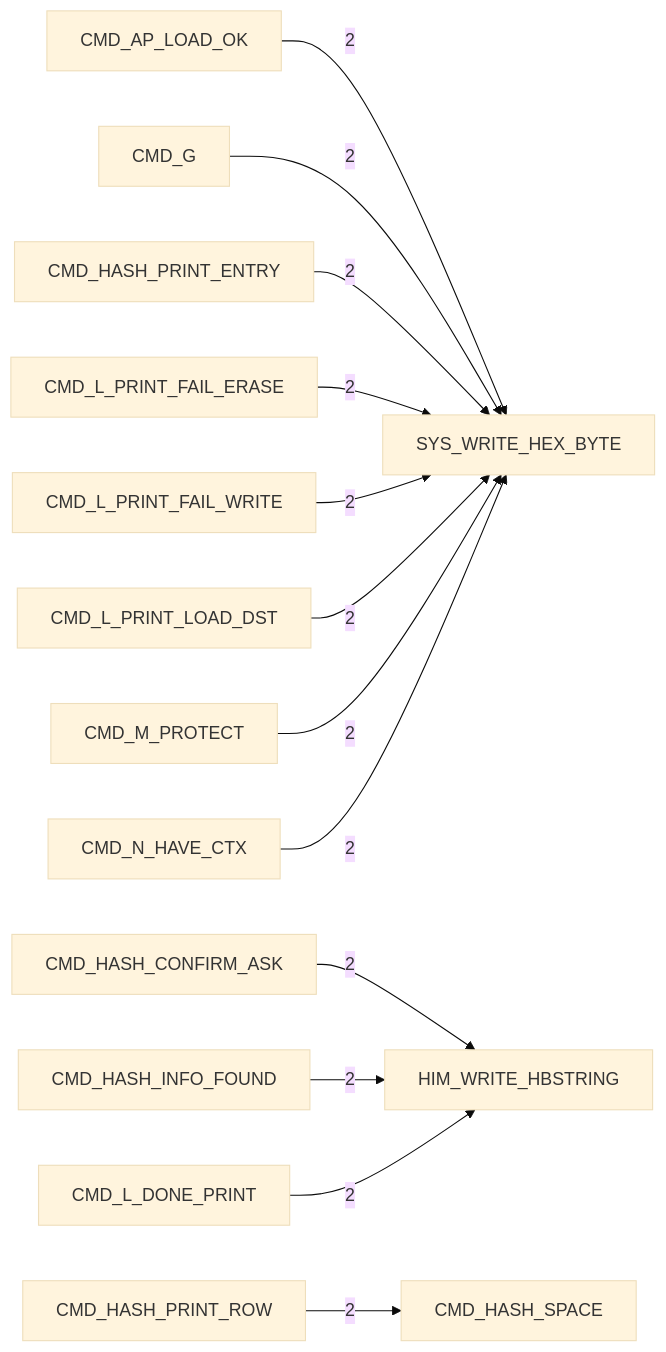
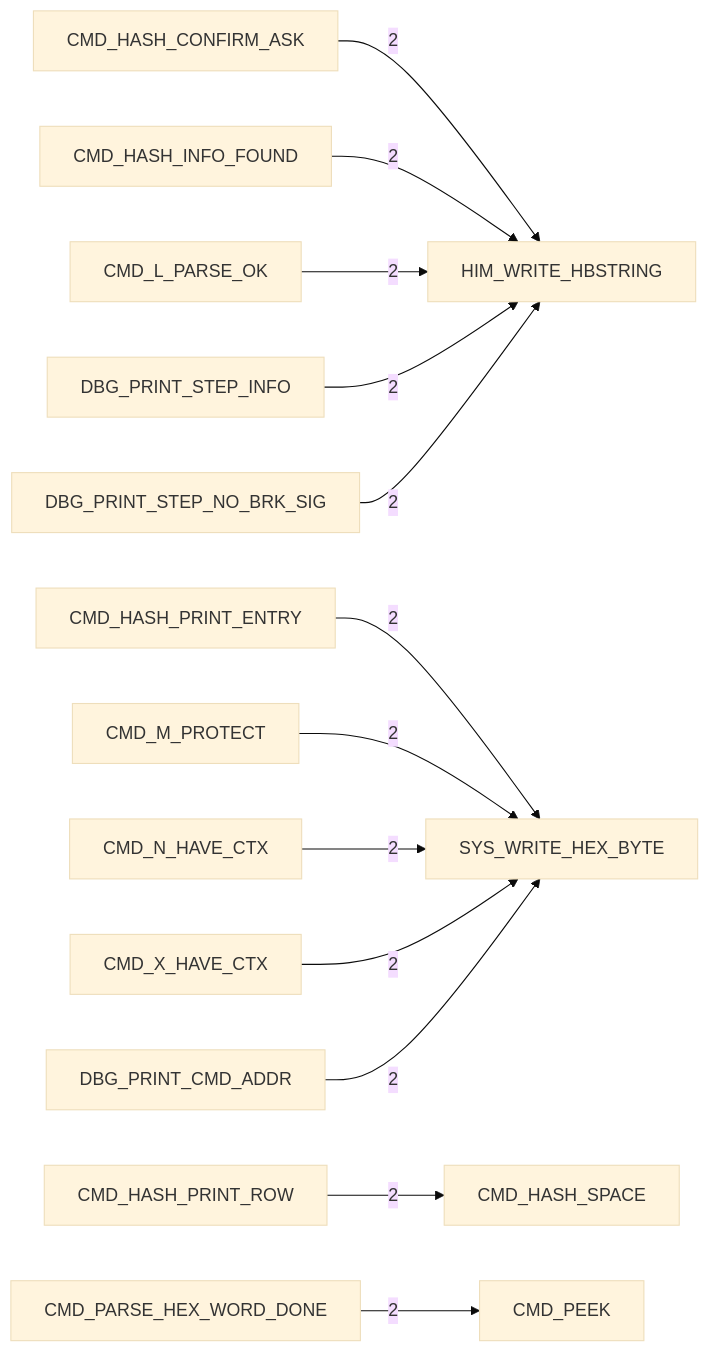
One commit to 95westus/R-YORS changed the fourth of 6 diagrams in DOC/GENERATED/HIMON_ROUTINE_TREE.md. Above: the diagram before and after it, drawn with Mermaid (base theme). The commit also changed other lines of this file and 65 other files, not shown here.

````diff
--- a/DOC/GENERATED/HIMON_ROUTINE_TREE.md
+++ b/DOC/GENERATED/HIMON_ROUTINE_TREE.md
@@ -62,15 +62,15 @@
 ```mermaid
 flowchart LR
-    N_CMD_AP_LOAD_OK[CMD_AP_LOAD_OK] -->|2| N_SYS_WRITE_HEX_BYTE[SYS_WRITE_HEX_BYTE]
-    N_CMD_G[CMD_G] -->|2| N_SYS_WRITE_HEX_BYTE[SYS_WRITE_HEX_BYTE]
     N_CMD_HASH_CONFIRM_ASK[CMD_HASH_CONFIRM_ASK] -->|2| N_HIM_WRITE_HBSTRING[HIM_WRITE_HBSTRING]
     N_CMD_HASH_INFO_FOUND[CMD_HASH_INFO_FOUND] -->|2| N_HIM_WRITE_HBSTRING[HIM_WRITE_HBSTRING]
     N_CMD_HASH_PRINT_ENTRY[CMD_HASH_PRINT_ENTRY] -->|2| N_SYS_WRITE_HEX_BYTE[SYS_WRITE_HEX_BYTE]
     N_CMD_HASH_PRINT_ROW[CMD_HASH_PRINT_ROW] -->|2| N_CMD_HASH_SPACE[CMD_HASH_SPACE]
-    N_CMD_L_DONE_PRINT[CMD_L_DONE_PRINT] -->|2| N_HIM_WRITE_HBSTRING[HIM_WRITE_HBSTRING]
-    N_CMD_L_PRINT_FAIL_ERASE[CMD_L_PRINT_FAIL_ERASE] -->|2| N_SYS_WRITE_HEX_BYTE[SYS_WRITE_HEX_BYTE]
-    N_CMD_L_PRINT_FAIL_WRITE[CMD_L_PRINT_FAIL_WRITE] -->|2| N_SYS_WRITE_HEX_BYTE[SYS_WRITE_HEX_BYTE]
-    N_CMD_L_PRINT_LOAD_DST[CMD_L_PRINT_LOAD_DST] -->|2| N_SYS_WRITE_HEX_BYTE[SYS_WRITE_HEX_BYTE]
+    N_CMD_L_PARSE_OK[CMD_L_PARSE_OK] -->|2| N_HIM_WRITE_HBSTRING[HIM_WRITE_HBSTRING]
     N_CMD_M_PROTECT[CMD_M_PROTECT] -->|2| N_SYS_WRITE_HEX_BYTE[SYS_WRITE_HEX_BYTE]
     N_CMD_N_HAVE_CTX[CMD_N_HAVE_CTX] -->|2| N_SYS_WRITE_HEX_BYTE[SYS_WRITE_HEX_BYTE]
+    N_CMD_PARSE_HEX_WORD_DONE[CMD_PARSE_HEX_WORD_DONE] -->|2| N_CMD_PEEK[CMD_PEEK]
+    N_CMD_X_HAVE_CTX[CMD_X_HAVE_CTX] -->|2| N_SYS_WRITE_HEX_BYTE[SYS_WRITE_HEX_BYTE]
+    N_DBG_PRINT_CMD_ADDR[DBG_PRINT_CMD_ADDR] -->|2| N_SYS_WRITE_HEX_BYTE[SYS_WRITE_HEX_BYTE]
+    N_DBG_PRINT_STEP_INFO[DBG_PRINT_STEP_INFO] -->|2| N_HIM_WRITE_HBSTRING[HIM_WRITE_HBSTRING]
+    N_DBG_PRINT_STEP_NO_BRK_SIG[DBG_PRINT_STEP_NO_BRK_SIG] -->|2| N_HIM_WRITE_HBSTRING[HIM_WRITE_HBSTRING]
 ```
````
